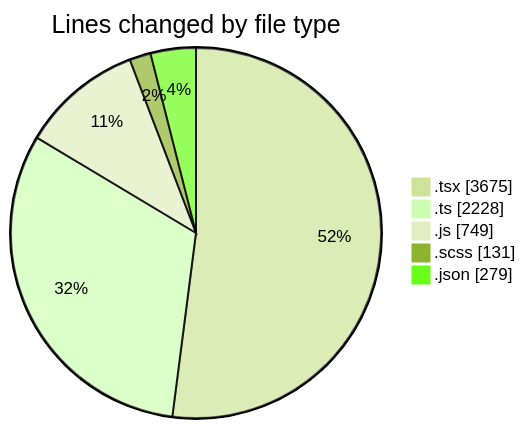
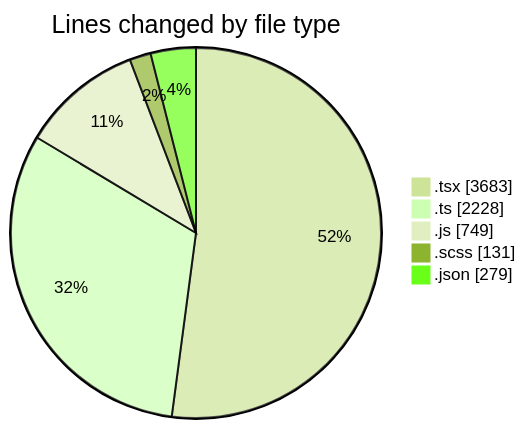
Before and after one commit to momahboobian/code-tracking: the first of 2 diagrams in 2026-06-11/cda/README.md, drawn with Mermaid (forest theme). The commit also changed other lines of this file and 1 other file, not shown here.

````diff
--- a/2026-06-11/cda/README.md
+++ b/2026-06-11/cda/README.md
@@ -59,9 +59,9 @@
 ```mermaid
 pie showData
 title Lines changed by file type
-".tsx" : 3675
+".tsx" : 3683
 ".ts" : 2228
 ".js" : 749
 ".scss" : 131
 ".json" : 279
 ```
````
